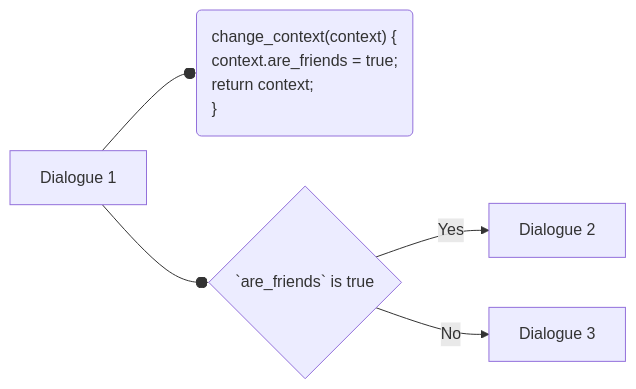
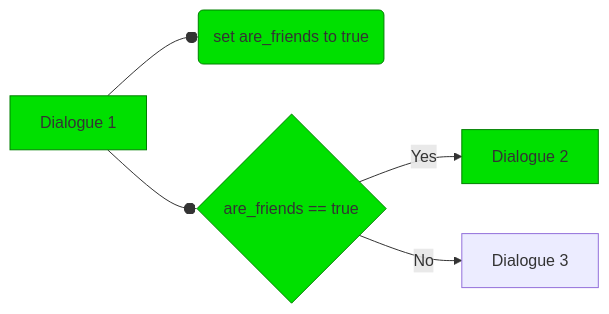
The fifth of 5 diagrams in README.md (coreapostrophe/fabulist), drawn with Mermaid before and after one commit. The commit also changed other lines of this file, not shown here.

````diff
--- a/README.md
+++ b/README.md
@@ -73,21 +75,17 @@
 ```mermaid
 flowchart LR
     dialogue_1[Dialogue 1] --o dialogue_1_on_next
+    style dialogue_1 fill:#00E000,stroke:#008000
 
-    dialogue_1_on_next("`
-    change_context(context) {
-        context.are_friends = true;
-        return context;
-    }
-    `")
-    style dialogue_1_on_next text-align:left
-
+    dialogue_1_on_next("set are_friends to true")
+    style dialogue_1_on_next fill:#00E000,stroke:#008000
     dialogue_1 --o dialogue_1_on_change
 
-    dialogue_1_on_change{`are_friends` is true} -->|Yes| dialogue_2
+    dialogue_1_on_change{"are_friends == true"} -->|Yes| dialogue_2
     dialogue_1_on_change -->|No| dialogue_3
-    style dialogue_1_on_change text-align:left
+    style dialogue_1_on_change fill:#00E000,stroke:#008000
 
     dialogue_2[Dialogue 2]
+    style dialogue_2 fill:#00E000,stroke:#008000
     dialogue_3[Dialogue 3]
 ```
````
